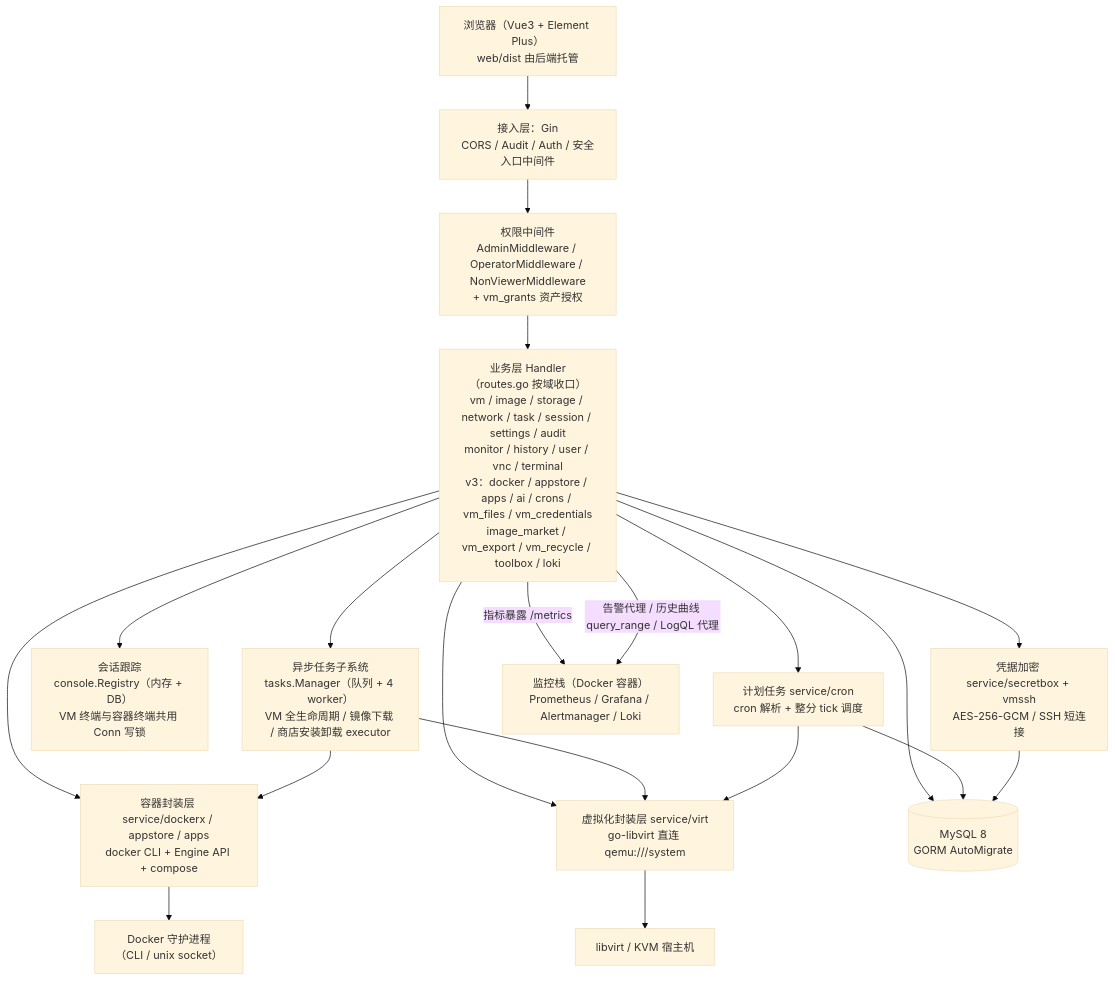
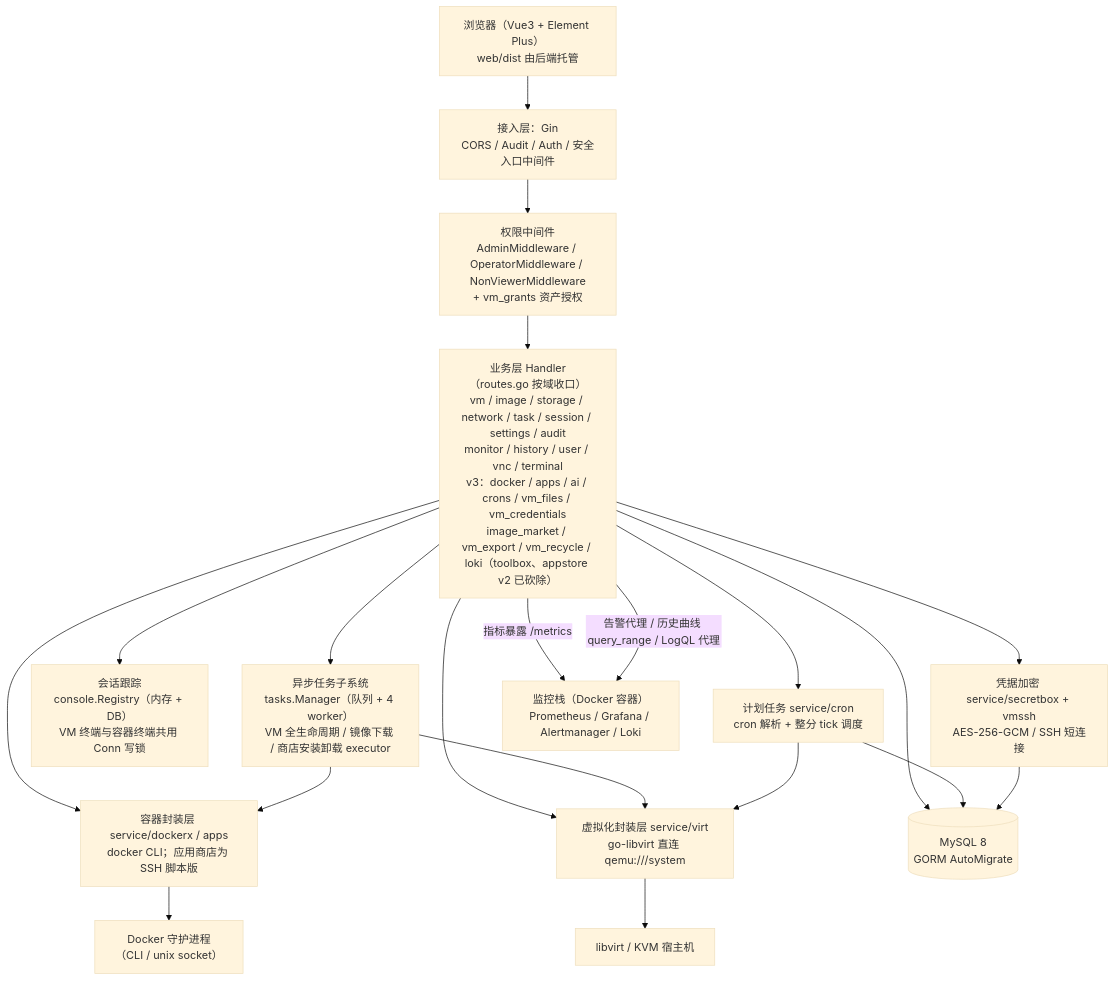
Before and after one commit to jiuzhao996/virtkite: the first of 2 diagrams in docs/03-系统总体设计.md, drawn with Mermaid (base theme). The commit also changed other lines of this file and 77 other files, not shown here.

````diff
--- a/docs/03-系统总体设计.md
+++ b/docs/03-系统总体设计.md
@@ -20,35 +20,35 @@
 ```mermaid
 flowchart TB
     Browser["浏览器（Vue3 + Element Plus）<br/>web/dist 由后端托管"]
     Gin["接入层：Gin<br/>CORS / Audit / Auth / 安全入口中间件"]
     RBAC["权限中间件<br/>AdminMiddleware / OperatorMiddleware / NonViewerMiddleware<br/>+ vm_grants 资产授权"]
-    Handler["业务层 Handler（routes.go 按域收口）<br/>vm / image / storage / network / task / session / settings / audit<br/>monitor / history / user / vnc / terminal<br/>v3：docker / appstore / apps / ai / crons / vm_files / vm_credentials<br/>image_market / vm_export / vm_recycle / toolbox / loki"]
+    Handler["业务层 Handler（routes.go 按域收口）<br/>vm / image / storage / network / task / session / settings / audit<br/>monitor / history / user / vnc / terminal<br/>v3：docker / apps / ai / crons / vm_files / vm_credentials<br/>image_market / vm_export / vm_recycle / loki（toolbox、appstore v2 已砍除）"]
     Tasks["异步任务子系统<br/>tasks.Manager（队列 + 4 worker）<br/>VM 全生命周期 / 镜像下载 / 商店安装卸载 executor"]
     SessReg["会话跟踪<br/>console.Registry（内存 + DB）<br/>VM 终端与容器终端共用 Conn 写锁"]
     Virt["虚拟化封装层 service/virt<br/>go-libvirt 直连 qemu:///system"]
-    Dockerx["容器封装层 service/dockerx / appstore / apps<br/>docker CLI + Engine API + compose"]
+    Dockerx["容器封装层 service/dockerx / apps<br/>docker CLI；应用商店为 SSH 脚本版"]
     Cron["计划任务 service/cron<br/>cron 解析 + 整分 tick 调度"]
     Secret["凭据加密 service/secretbox + vmssh<br/>AES-256-GCM / SSH 短连接"]
     DB[("MySQL 8<br/>GORM AutoMigrate")]
     LV["libvirt / KVM 宿主机"]
     DK["Docker 守护进程<br/>（CLI / unix socket）"]
     Mon["监控栈（Docker 容器）<br/>Prometheus / Grafana / Alertmanager / Loki"]
     Handler -->|"指标暴露 /metrics"| Mon
     Handler -->|"告警代理 / 历史曲线 query_range / LogQL 代理"| Mon
 
     Browser --> Gin --> RBAC --> Handler
     Handler --> Tasks
     Handler --> SessReg
     Handler --> Virt
     Handler --> Dockerx
     Handler --> Cron
     Handler --> Secret
     Handler --> DB
     Tasks --> Virt
     Tasks --> Dockerx
     Cron --> Virt
     Cron --> DB
     Secret --> DB
     Virt --> LV
     Dockerx --> DK
 ```
````
